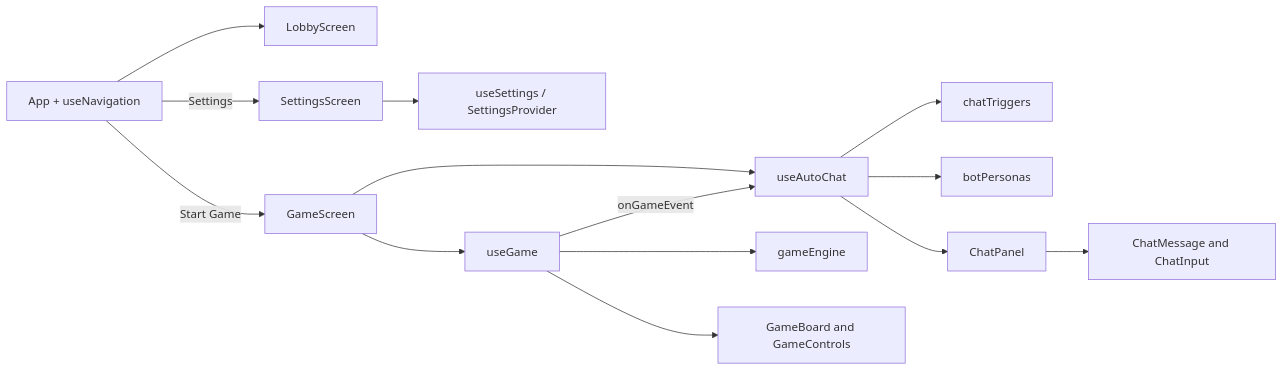
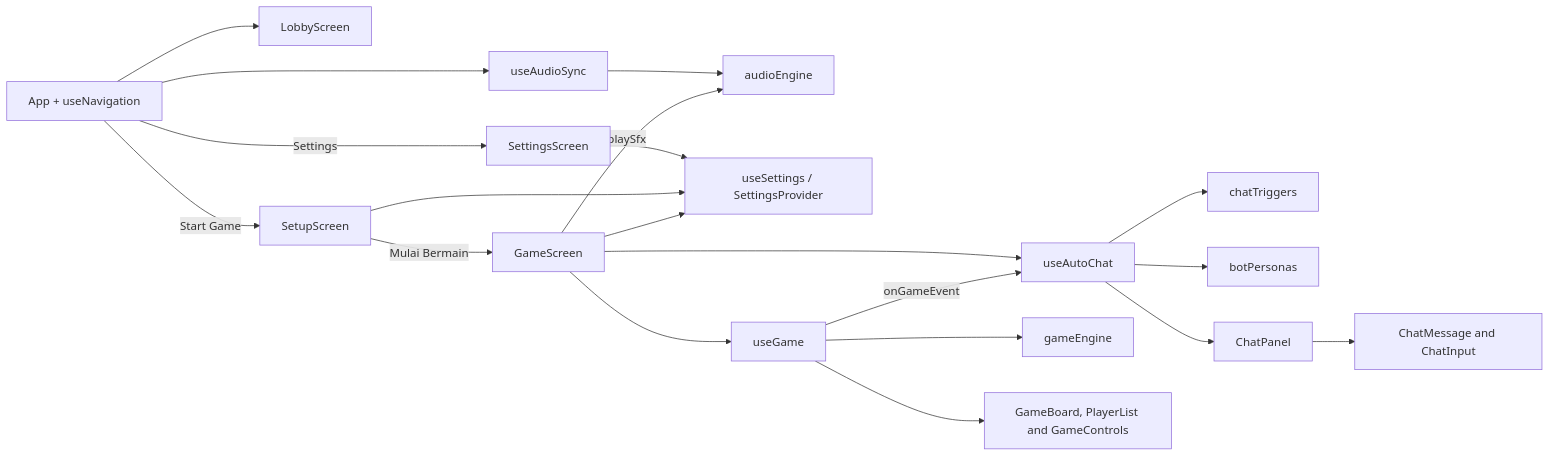
One commit to Wy07-ai/snake-and-ladder changed the diagram in ARCHITECTURE.md. Above: the diagram before and after it, drawn with Mermaid. The commit also changed other lines of this file and 36 other files, not shown here.

Commit message:
feat: add audio synthesizer, board themes, avatar customization, and game polish

````diff
--- a/ARCHITECTURE.md
+++ b/ARCHITECTURE.md
@@ -36,16 +51,22 @@
 ```mermaid
 flowchart LR
     A[App + useNavigation] --> L[LobbyScreen]
+    A --> AU[useAudioSync]
+    AU --> AE[audioEngine]
     A -->|Settings| ST[SettingsScreen]
     ST --> SP[useSettings / SettingsProvider]
-    A -->|Start Game| GS[GameScreen]
+    A -->|Start Game| SU[SetupScreen]
+    SU --> SP
+    SU -->|Mulai Bermain| GS[GameScreen]
+    GS --> SP
+    GS -->|playSfx| AE
     GS --> B[useGame]
     GS --> C[useAutoChat]
     B -->|onGameEvent| C
     B --> D[gameEngine]
     C --> E[chatTriggers]
     C --> F[botPersonas]
     C --> G[ChatPanel]
     G --> H[ChatMessage and ChatInput]
-    B --> I[GameBoard and GameControls]
+    B --> I[GameBoard, PlayerList and GameControls]
 ```
````
